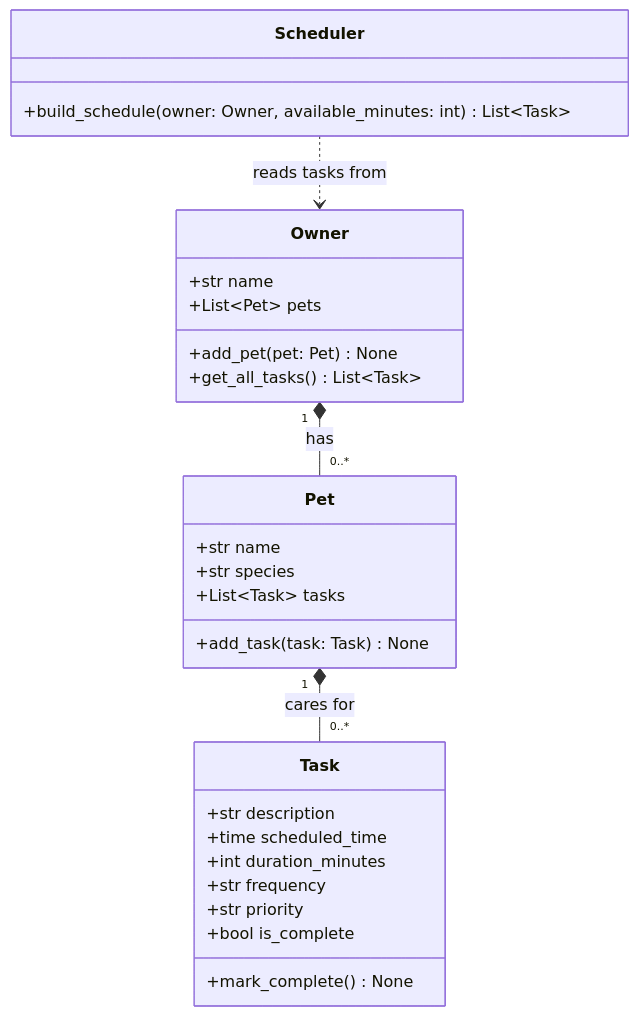
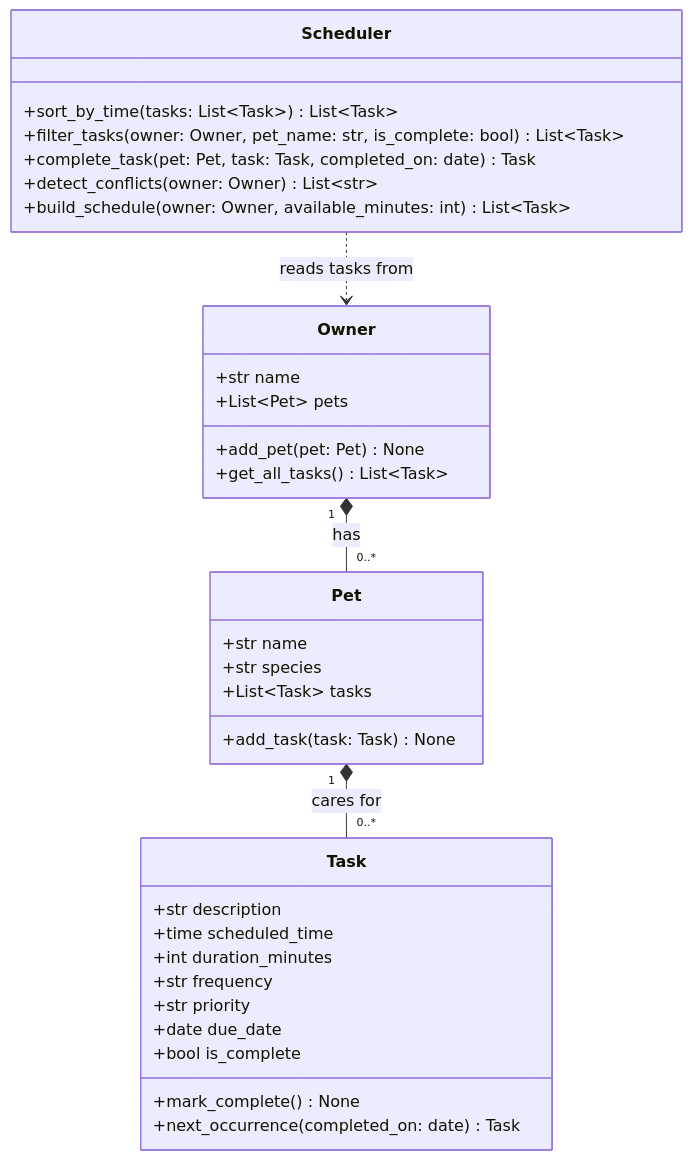
One commit to Ramanpreet8/ai110-module2show-pawpal-starter changed the diagram in diagrams/uml.mmd. Above: the diagram before and after it, drawn with Mermaid. The commit also changed 7 other files, not shown here.

```diff
--- a/diagrams/uml.mmd
+++ b/diagrams/uml.mmd
@@ -1,32 +1,38 @@
 classDiagram
     class Task {
         +str description
         +time scheduled_time
         +int duration_minutes
         +str frequency
         +str priority
+        +date due_date
         +bool is_complete
         +mark_complete() None
+        +next_occurrence(completed_on: date) Task
     }
 
     class Pet {
         +str name
         +str species
         +List~Task~ tasks
         +add_task(task: Task) None
     }
 
     class Owner {
         +str name
         +List~Pet~ pets
         +add_pet(pet: Pet) None
         +get_all_tasks() List~Task~
     }
 
     class Scheduler {
+        +sort_by_time(tasks: List~Task~) List~Task~
+        +filter_tasks(owner: Owner, pet_name: str, is_complete: bool) List~Task~
+        +complete_task(pet: Pet, task: Task, completed_on: date) Task
+        +detect_conflicts(owner: Owner) List~str~
         +build_schedule(owner: Owner, available_minutes: int) List~Task~
     }
 
     Owner "1" *-- "0..*" Pet : has
     Pet "1" *-- "0..*" Task : cares for
     Scheduler ..> Owner : reads tasks from
```
